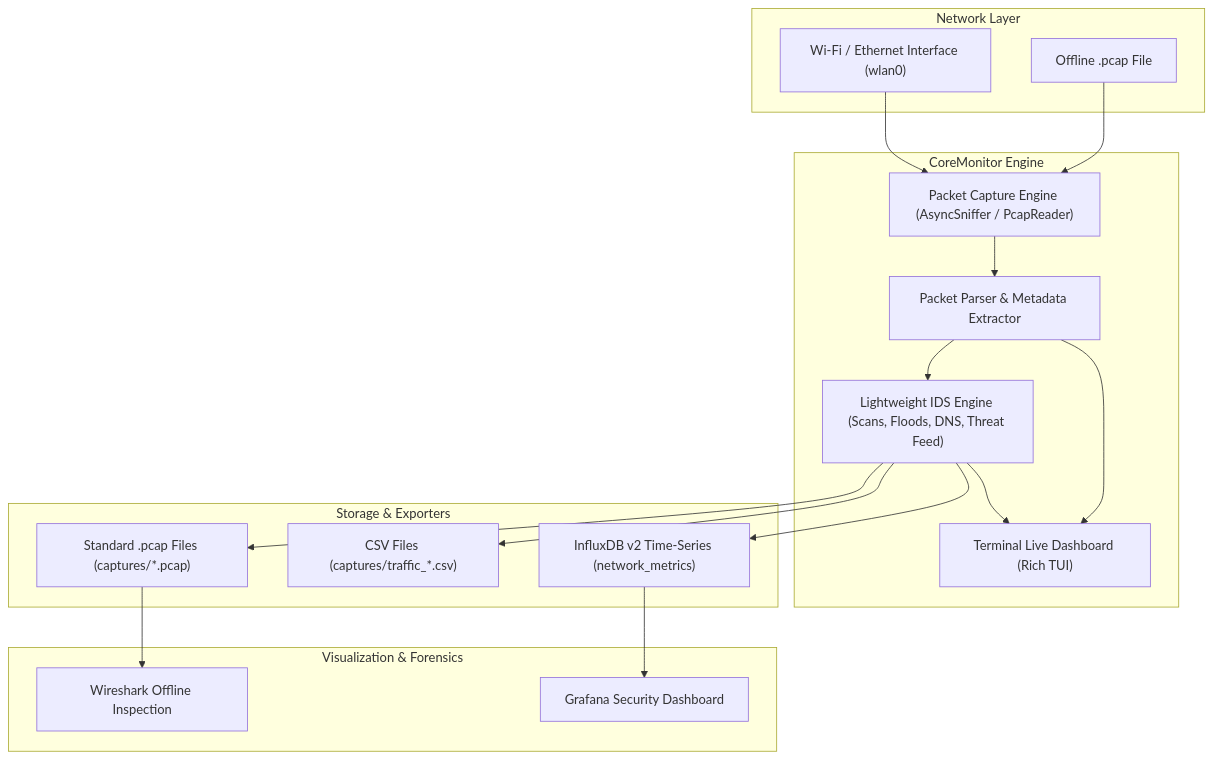
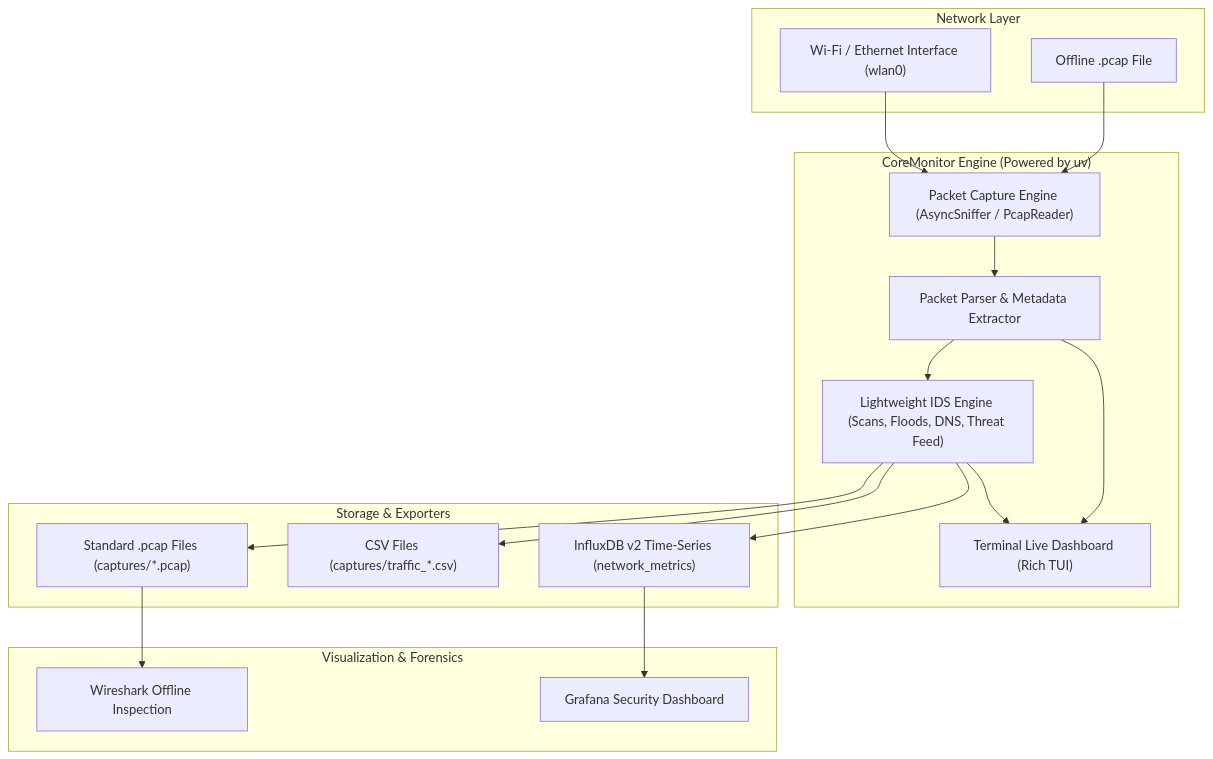
One commit to deepak-pandey2005/CoreMonitor changed the diagram in README.md. Above: the diagram before and after it, drawn with Mermaid. The commit also changed other lines of this file and 27 other files, not shown here.

````diff
--- a/README.md
+++ b/README.md
@@ -35,37 +37,37 @@
 ```mermaid
 flowchart TD
     subgraph Network["Network Layer"]
         NIC["Wi-Fi / Ethernet Interface (wlan0)"]
         PCAP["Offline .pcap File"]
     end
 
-    subgraph CoreMonitor["CoreMonitor Engine"]
+    subgraph CoreMonitor["CoreMonitor Engine (Powered by uv)"]
         Sniff["Packet Capture Engine (AsyncSniffer / PcapReader)"]
         Parser["Packet Parser & Metadata Extractor"]
         IDS["Lightweight IDS Engine (Scans, Floods, DNS, Threat Feed)"]
         TUI["Terminal Live Dashboard (Rich TUI)"]
     end
 
     subgraph Storage["Storage & Exporters"]
         PCAPOut["Standard .pcap Files (captures/*.pcap)"]
         CSVOut["CSV Files (captures/traffic_*.csv)"]
         Influx["InfluxDB v2 Time-Series (network_metrics)"]
     end
 
     subgraph Visualization["Visualization & Forensics"]
         Wireshark["Wireshark Offline Inspection"]
         Grafana["Grafana Security Dashboard"]
     end
 
     NIC --> Sniff
     PCAP --> Sniff
     Sniff --> Parser
     Parser --> IDS
     IDS --> TUI
     Parser --> TUI
     IDS --> PCAPOut
     IDS --> CSVOut
     IDS --> Influx
     PCAPOut --> Wireshark
     Influx --> Grafana
 ```
````
